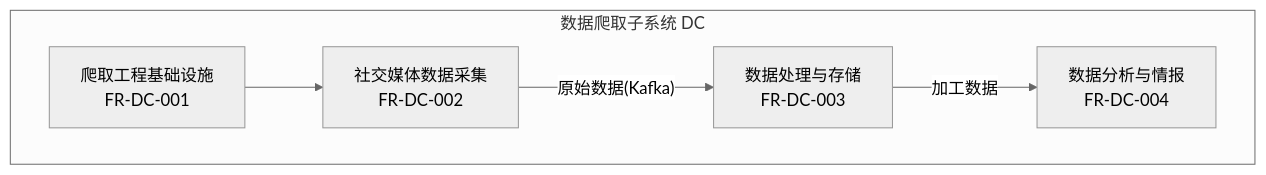
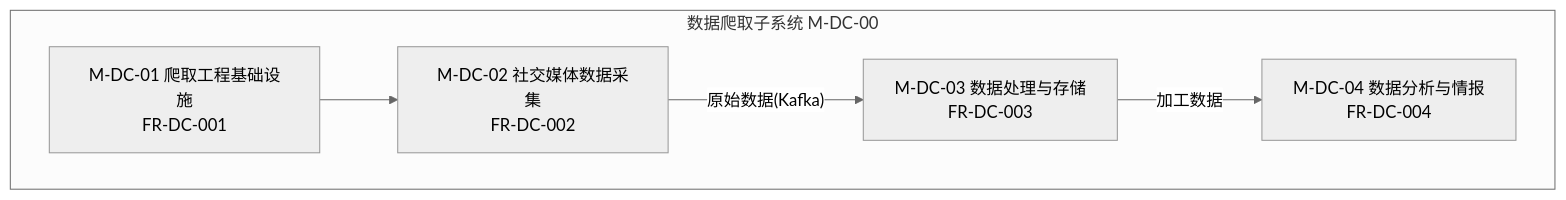
One commit to Sj-g/obsidian changed the eighth of 13 diagrams in 公司项目/认知作战/文档/软件概要设计说明.md. Above: the diagram before and after it, drawn with Mermaid (neutral theme). The commit also changed other lines of this file, not shown here.

````diff
--- a/公司项目/认知作战/文档/软件概要设计说明.md
+++ b/公司项目/认知作战/文档/软件概要设计说明.md
@@ -279,12 +281,12 @@
 ```mermaid
 flowchart TB
-    subgraph DC["数据爬取子系统 DC"]
-        DC1["爬取工程基础设施<br/>FR-DC-001"]
-        DC2["社交媒体数据采集<br/>FR-DC-002"]
-        DC3["数据处理与存储<br/>FR-DC-003"]
-        DC4["数据分析与情报<br/>FR-DC-004"]
+    subgraph DC["数据爬取子系统 M-DC-00"]
+        DC1["M-DC-01 爬取工程基础设施<br/>FR-DC-001"]
+        DC2["M-DC-02 社交媒体数据采集<br/>FR-DC-002"]
+        DC3["M-DC-03 数据处理与存储<br/>FR-DC-003"]
+        DC4["M-DC-04 数据分析与情报<br/>FR-DC-004"]
         DC1 --> DC2
         DC2 -->|"原始数据(Kafka)"| DC3
         DC3 -->|"加工数据"| DC4
     end
 ```
````
